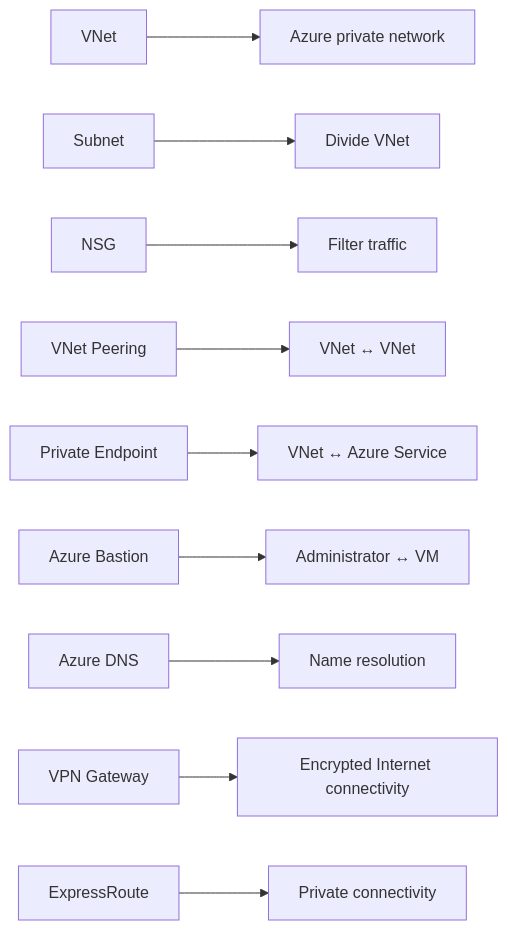
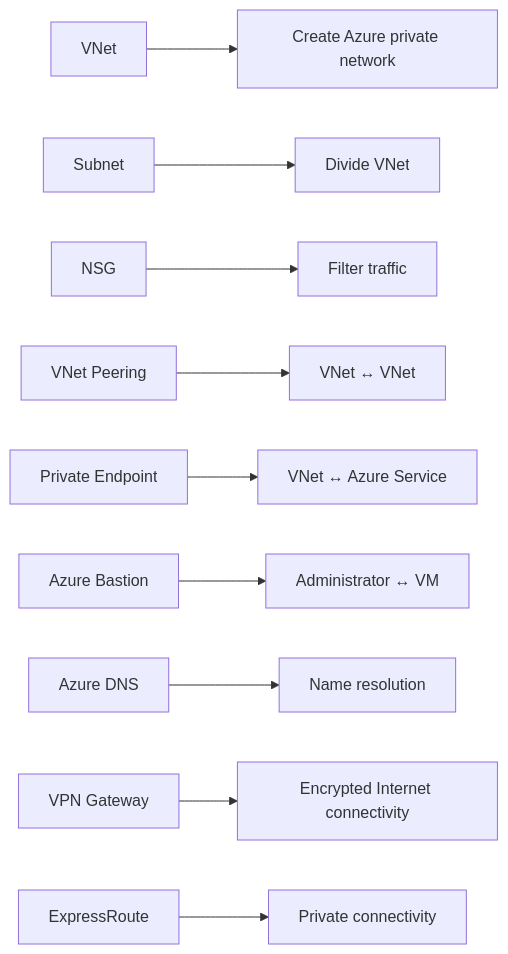
Diagram 11 of 11 in review/04-networking.md (zhyordanova/azure-fundamentals-handbook), drawn with Mermaid before and after one commit. The commit also changed other lines of this file, not shown here.

````diff
--- a/review/04-networking.md
+++ b/review/04-networking.md
@@ -679,21 +488,21 @@
 ```mermaid
 flowchart LR
 
-    A["VNet"] --> A1["Azure private network"]
+    A["VNet"] --> A1["Create Azure private network"]
 
     B["Subnet"] --> B1["Divide VNet"]
 
     C["NSG"] --> C1["Filter traffic"]
 
     D["VNet Peering"] --> D1["VNet ↔ VNet"]
 
     E["Private Endpoint"] --> E1["VNet ↔ Azure Service"]
 
     F["Azure Bastion"] --> F1["Administrator ↔ VM"]
 
     G["Azure DNS"] --> G1["Name resolution"]
 
     H["VPN Gateway"] --> H1["Encrypted Internet connectivity"]
 
     I["ExpressRoute"] --> I1["Private connectivity"]
 ```
````
